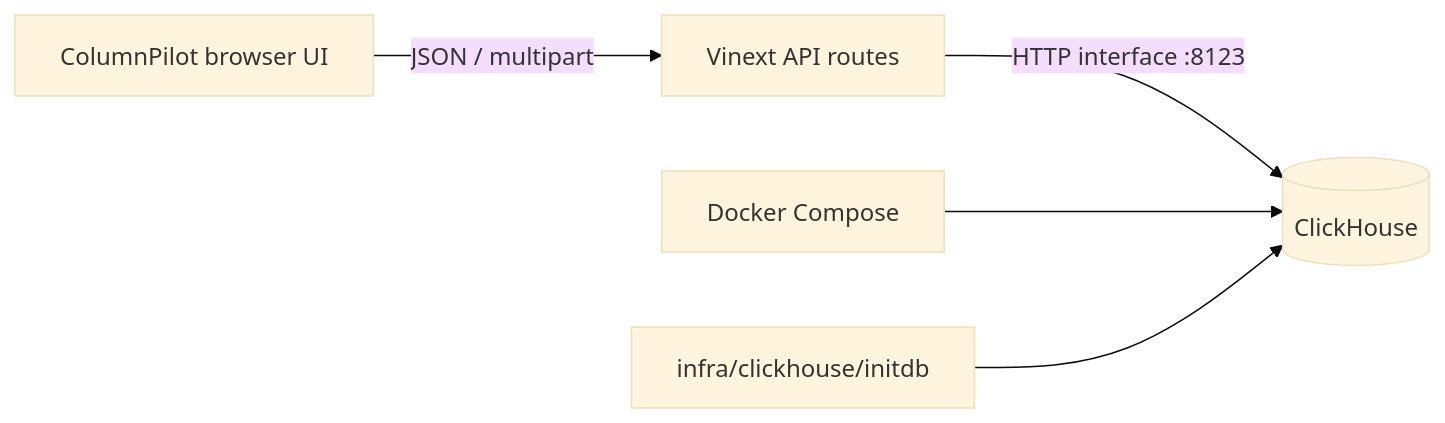
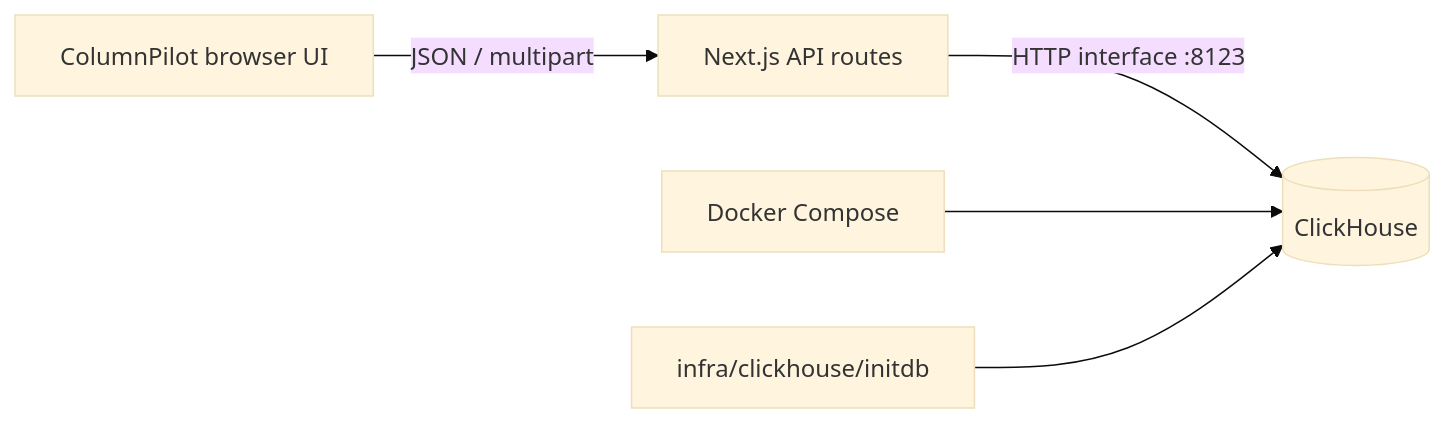
Before and after one commit to jhkdlut/columnpilot: the diagram in docs/architecture.md, drawn with Mermaid (base theme). The commit also changed other lines of this file and 22 other files, not shown here.

````diff
--- a/docs/architecture.md
+++ b/docs/architecture.md
@@ -5,7 +5,7 @@
 ```mermaid
 flowchart LR
-  Browser[ColumnPilot browser UI] -->|JSON / multipart| API[Vinext API routes]
+  Browser[ColumnPilot browser UI] -->|JSON / multipart| API[Next.js API routes]
   API -->|HTTP interface :8123| CH[(ClickHouse)]
   Compose[Docker Compose] --> CH
   Init[infra/clickhouse/initdb] --> CH
 ```
````
